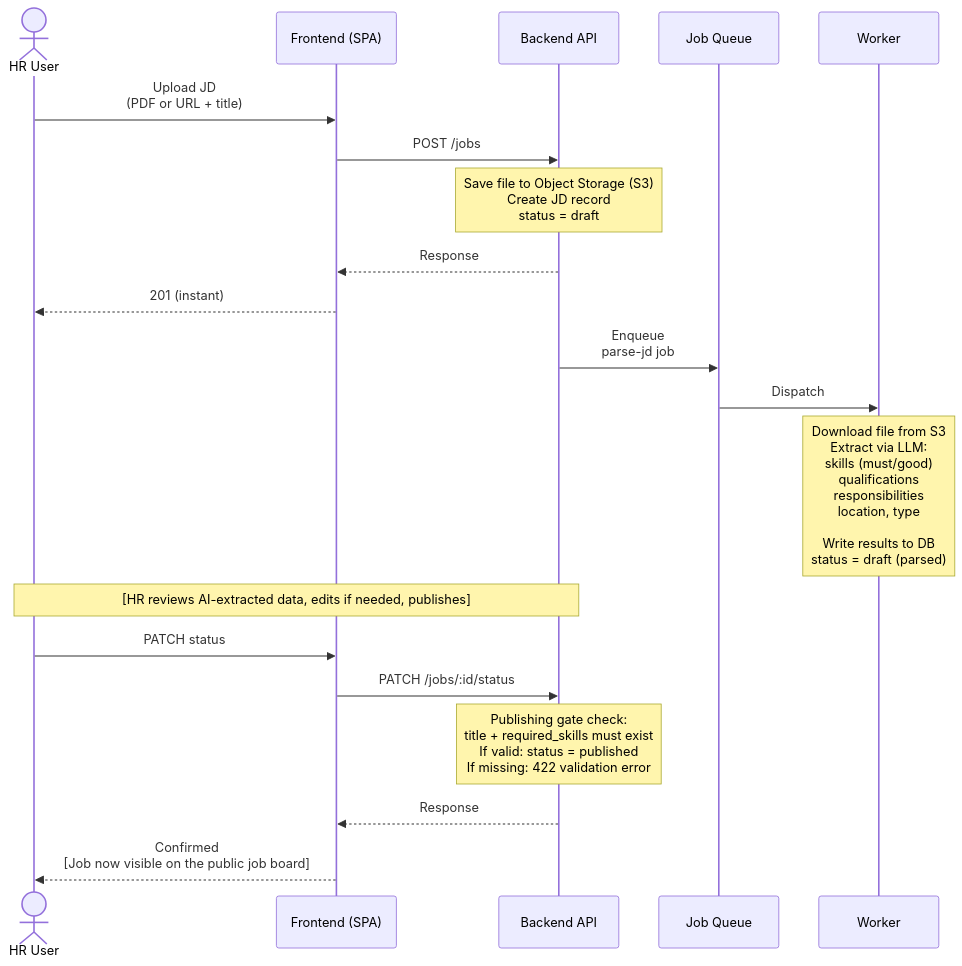
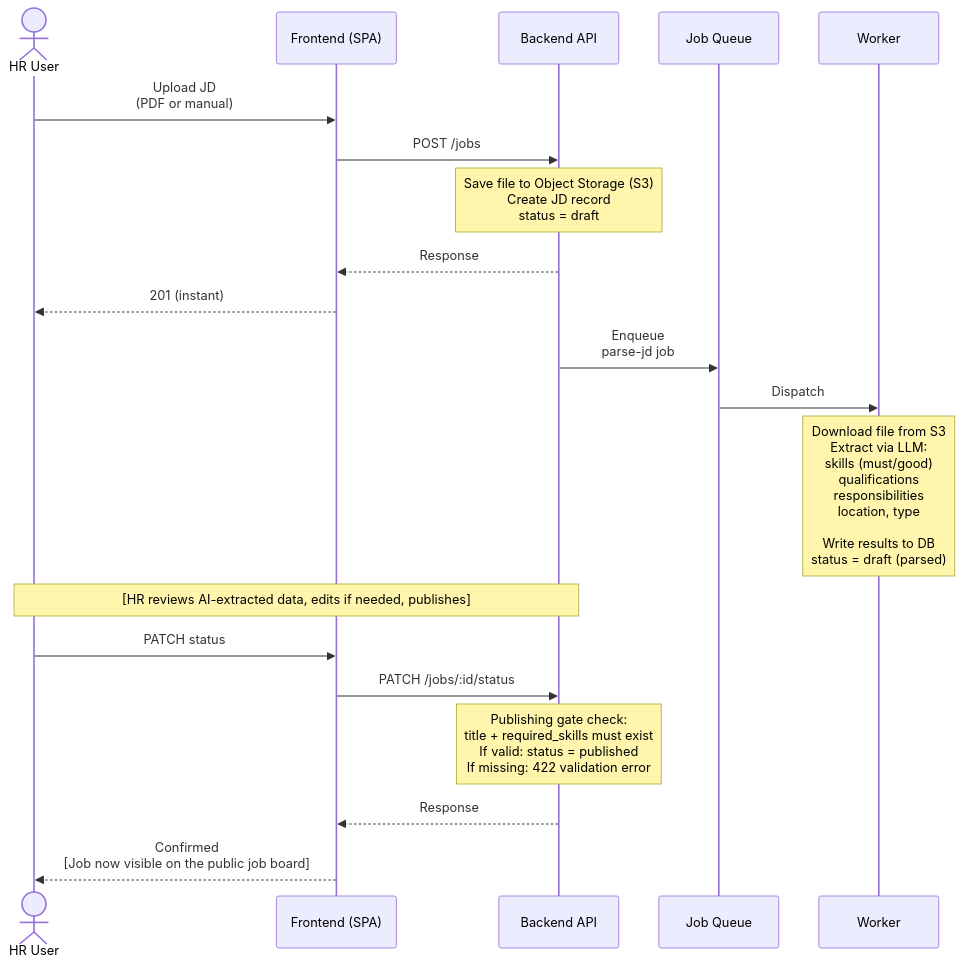
One commit to joshsoftware/EZScreen changed the second of 6 diagrams in docs/architecture/SYSTEM_DESIGN.md. Above: the diagram before and after it, drawn with Mermaid. The commit also changed other lines of this file, not shown here.

````diff
--- a/docs/architecture/SYSTEM_DESIGN.md
+++ b/docs/architecture/SYSTEM_DESIGN.md
@@ -362,25 +346,25 @@
 ```mermaid
 sequenceDiagram
     actor HR as HR User
     participant F as Frontend (SPA)
     participant B as Backend API
     participant Q as Job Queue
     participant W as Worker
 
-    HR->>F: Upload JD<br/>(PDF or URL + title)
+    HR->>F: Upload JD<br/>(PDF or manual)
     F->>B: POST /jobs
     Note over B: Save file to Object Storage (S3)<br>Create JD record<br>status = draft
     B-->>F: Response
     F-->>HR: 201 (instant)
     
     B->>Q: Enqueue<br>parse-jd job
     Q->>W: Dispatch
     Note over W: Download file from S3<br>Extract via LLM:<br>skills (must/good)<br>qualifications<br>responsibilities<br>location, type<br><br>Write results to DB<br>status = draft (parsed)
     
     Note over HR,B: [HR reviews AI-extracted data, edits if needed, publishes]
     HR->>F: PATCH status
     F->>B: PATCH /jobs/:id/status
     Note over B: Publishing gate check:<br>title + required_skills must exist<br>If valid: status = published<br>If missing: 422 validation error
     B-->>F: Response
     F-->>HR: Confirmed<br>[Job now visible on the public job board]
 ```
````
